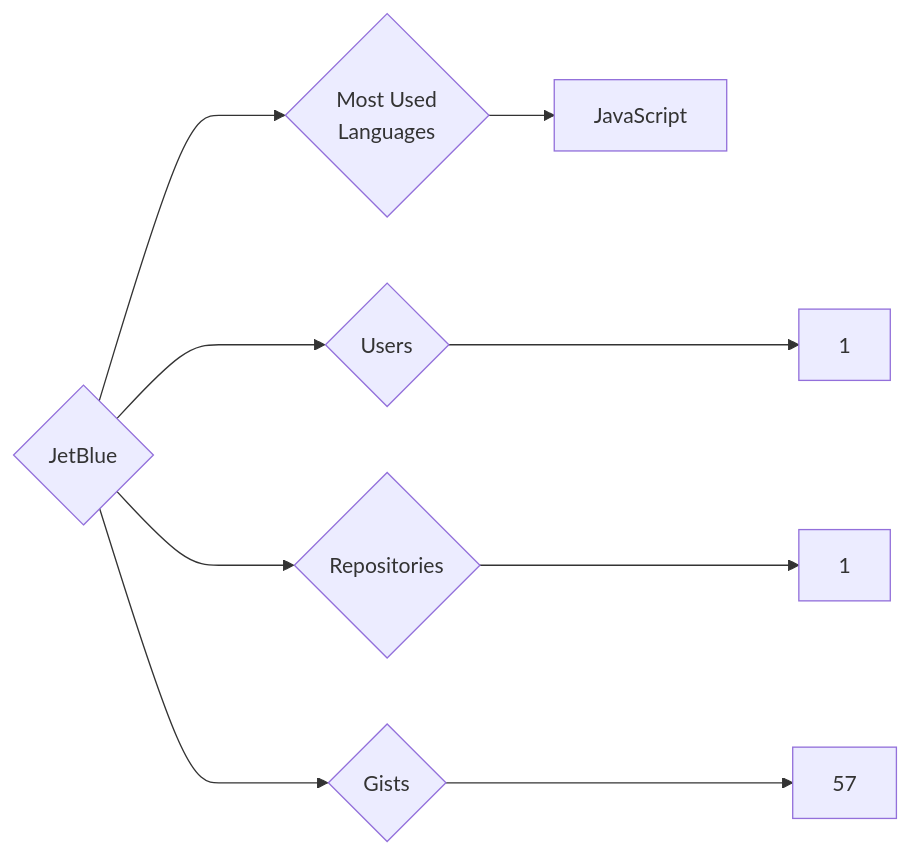
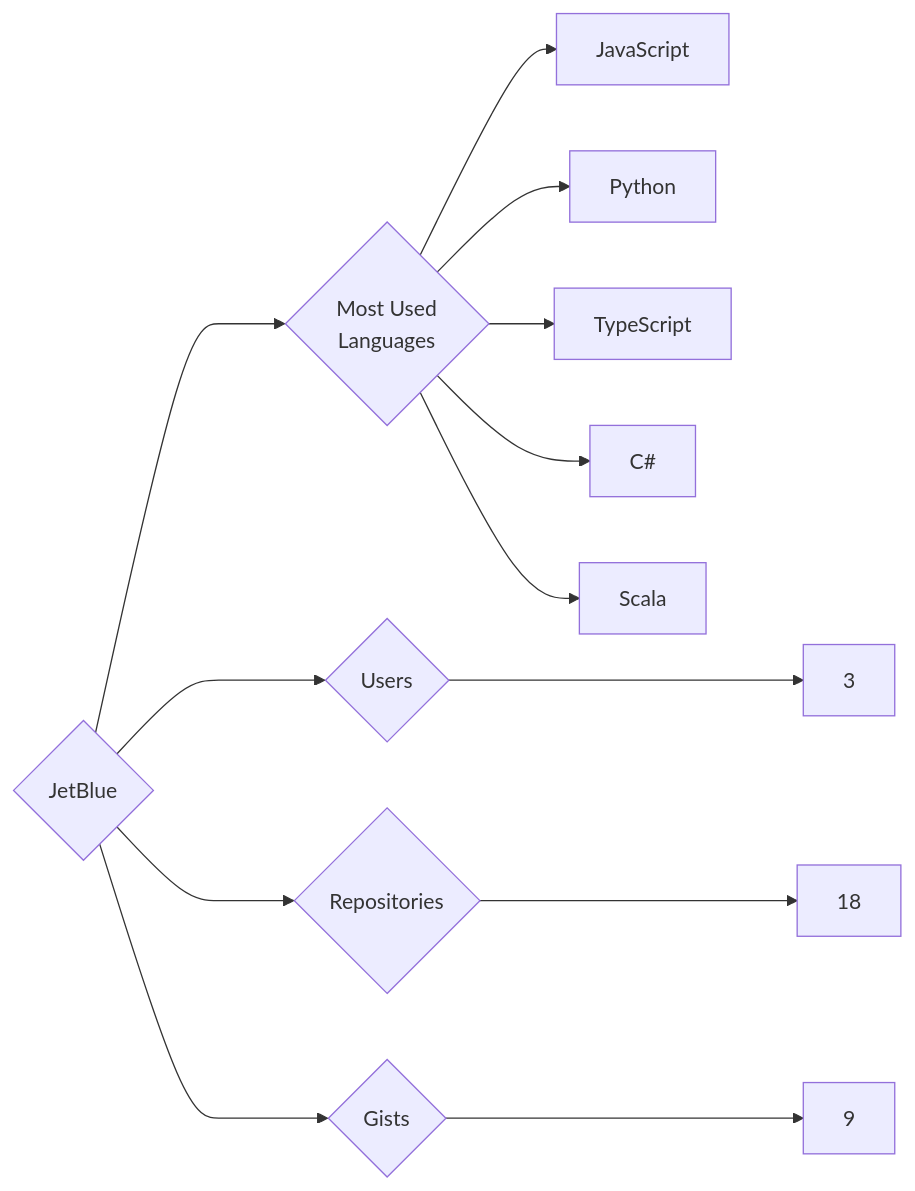
Before and after one commit to trickest/insiders: the diagram in targets/JetBlue/README.md, drawn with Mermaid. The commit also changed 823 other files, not shown here.

````diff
--- a/targets/JetBlue/README.md
+++ b/targets/JetBlue/README.md
@@ -3,9 +3,13 @@
 ```mermaid
 graph LR
 COMPANY_NAME{JetBlue}
-COMPANY_NAME ---> U{Users} ---> UN[1]
-COMPANY_NAME ---> R{Repositories} ---> RN[1]
-COMPANY_NAME ---> G{Gists} ---> GN[57]
+COMPANY_NAME ---> U{Users} ---> UN[3]
+COMPANY_NAME ---> R{Repositories} ---> RN[18]
+COMPANY_NAME ---> G{Gists} ---> GN[9]
 COMPANY_NAME ---> ML{Most Used<br>Languages}
 ML --> JavaScript[JavaScript]
+ML --> Python[Python]
+ML --> TypeScript[TypeScript]
+ML --> C#[C#]
+ML --> Scala[Scala]
 ```
````
